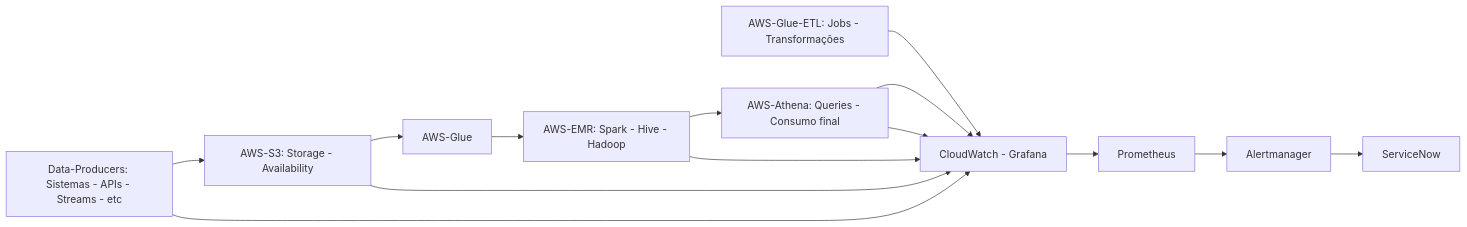
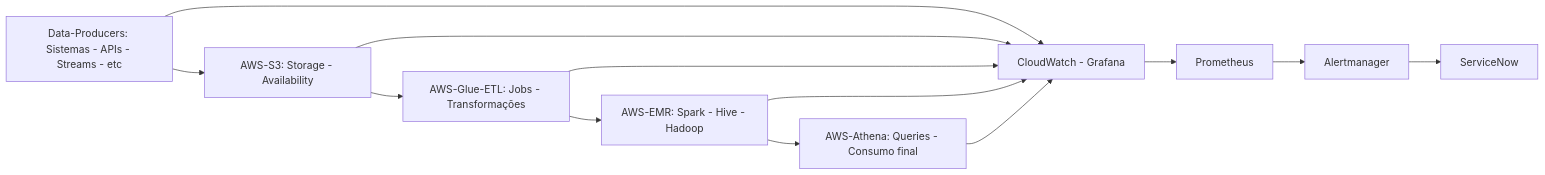
Before and after one commit to pmagaiwer/aws-datalake-observability: the diagram in docs/architecture_observability_data_lake.md, drawn with Mermaid.

Commit message:
AWS-Glue-ETL

````diff
--- a/docs/architecture_observability_data_lake.md
+++ b/docs/architecture_observability_data_lake.md
@@ -3,20 +3,20 @@
 ```mermaid
 flowchart LR
     Data-Producers[" Data-Producers: Sistemas - APIs - Streams - etc"]
     AWS-S3["AWS-S3: Storage - Availability"]
     AWS-Glue-ETL["AWS-Glue-ETL: Jobs - Transformações"]
     AWS-EMR["AWS-EMR: Spark - Hive - Hadoop"]
     AWS-Athena["AWS-Athena: Queries - Consumo final"]
     CloudWatch+Grafana["CloudWatch - Grafana"]
     Prometheus["Prometheus"]
     Alertmanager["Alertmanager"]
     ServiceNow["ServiceNow"]
 
-    Data-Producers --> AWS-S3 --> AWS-Glue --> AWS-EMR --> AWS-Athena --> CloudWatch+Grafana
+    Data-Producers --> AWS-S3 --> AWS-Glue-ETL --> AWS-EMR --> AWS-Athena
     Data-Producers --> CloudWatch+Grafana
     AWS-S3 --> CloudWatch+Grafana
     AWS-Glue-ETL --> CloudWatch+Grafana
     AWS-EMR --> CloudWatch+Grafana
     AWS-Athena --> CloudWatch+Grafana
     CloudWatch+Grafana --> Prometheus --> Alertmanager --> ServiceNow
 ```
````
